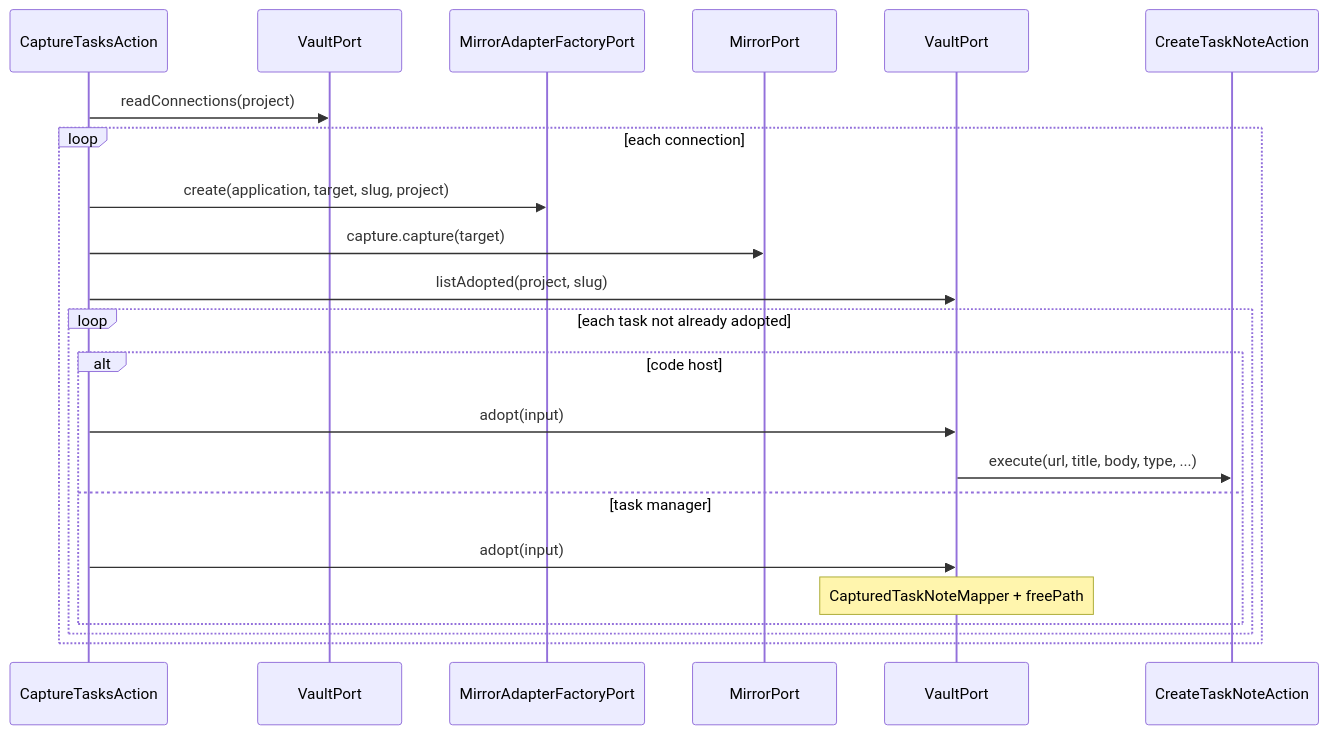
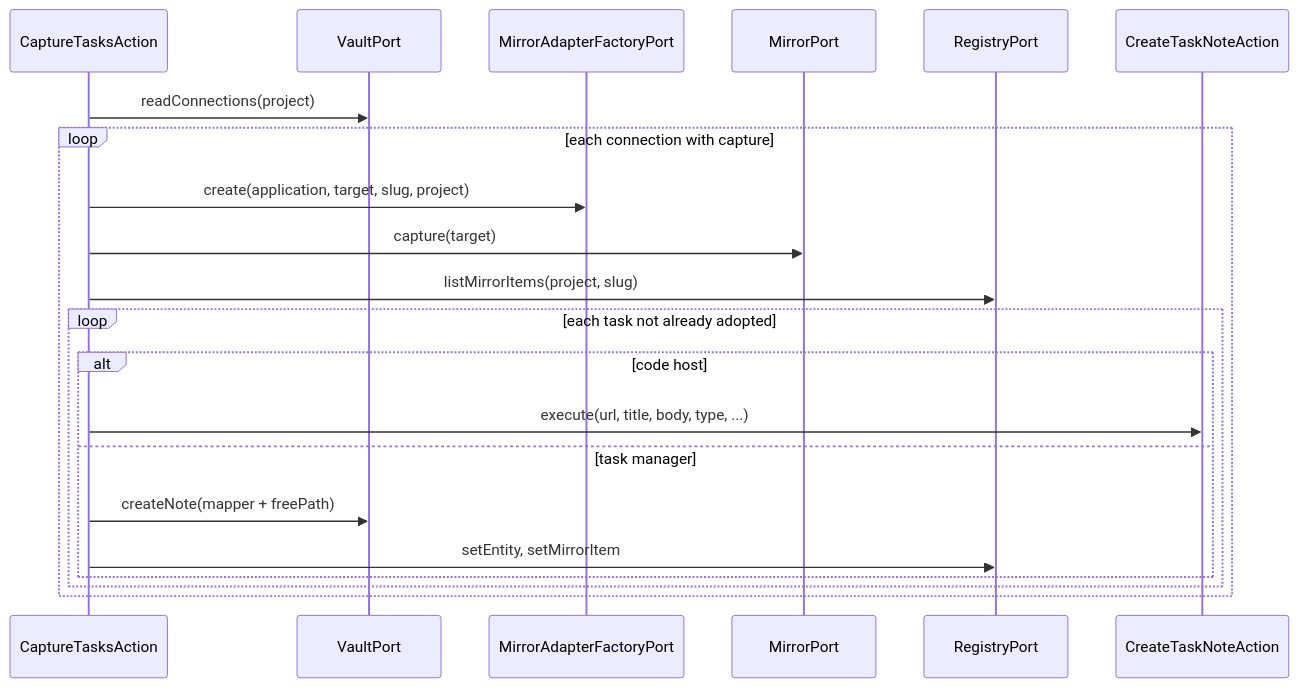
The eighth of 17 diagrams in docs/developer-manual.md (99linesofcode/obsidian-project-management), drawn with Mermaid before and after one commit. The commit also changed other lines of this file and 1 other file, not shown here.

Commit message:
docs(architecture): rebuild the manual from the current tree
ARCHITECTURE.md gains the sync-pass flow as a mermaid diagram and drops the
removed type-labels setting key. The developer manual's vault codec list is
corrected (CapturedTaskNoteMapper lives beside CaptureTasksAction, not the
vault adapter), the task-capture diagram now names the real registry reads,
and the code-vs-brief note no longer points at the amended ADR 001.

````diff
--- a/docs/developer-manual.md
+++ b/docs/developer-manual.md
@@ -451,25 +451,24 @@
 ```mermaid
 sequenceDiagram
   participant C as CaptureTasksAction
-  participant PS as VaultPort
+  participant V as VaultPort
   participant F as MirrorAdapterFactoryPort
   participant R as MirrorPort
-  participant V as VaultPort
+  participant H as RegistryPort
   participant CT as CreateTaskNoteAction
 
-  C->>PS: readConnections(project)
-  loop each connection
+  C->>V: readConnections(project)
+  loop each connection with capture
     C->>F: create(application, target, slug, project)
-    C->>R: capture.capture(target)
-    C->>V: listAdopted(project, slug)
+    C->>R: capture(target)
+    C->>H: listMirrorItems(project, slug)
     loop each task not already adopted
       alt code host
-        C->>V: adopt(input)
-        V->>CT: execute(url, title, body, type, ...)
+        C->>CT: execute(url, title, body, type, ...)
       else task manager
-        C->>V: adopt(input)
-        Note over V: CapturedTaskNoteMapper + freePath
+        C->>V: createNote(mapper + freePath)
+        C->>H: setEntity, setMirrorItem
       end
     end
   end
 ```
````
